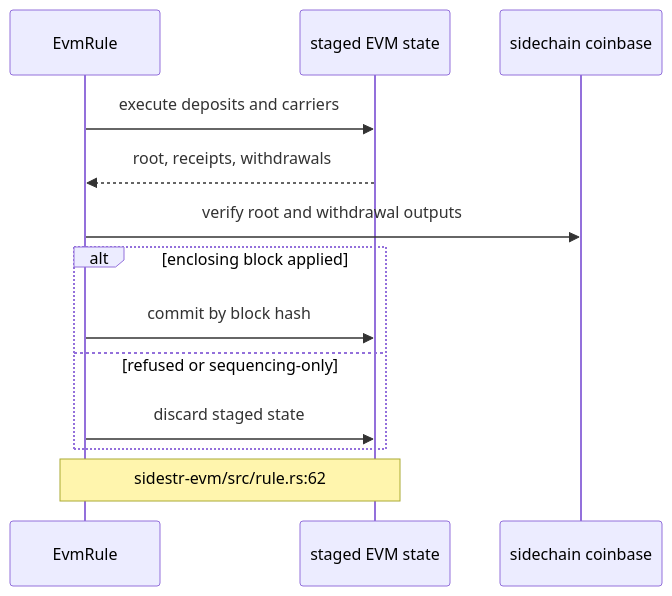
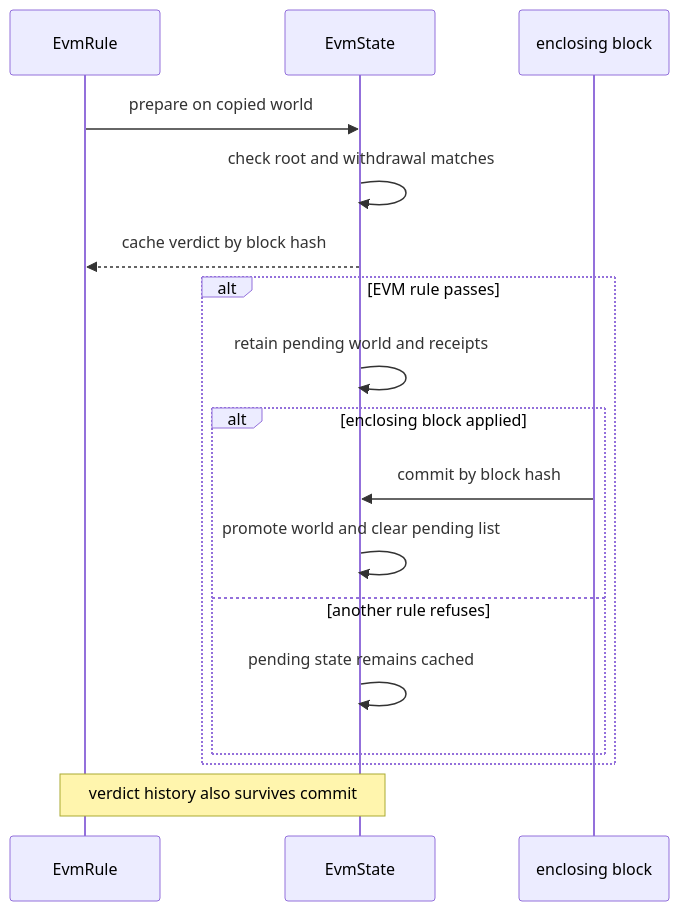
The second of 4 diagrams in docs/diagrams/sidestr-rs/03-evm-overlay-and-retained-state.md (DreamLab-AI/VisionFlow), drawn with Mermaid before and after one commit. The commit also changed other lines of this file and 27 other files, not shown here.

Commit message:
Audit SideStr EVM withdrawals and snapshot integrity

````diff
--- a/docs/diagrams/sidestr-rs/03-evm-overlay-and-retained-state.md
+++ b/docs/diagrams/sidestr-rs/03-evm-overlay-and-retained-state.md
@@ -55,15 +59,19 @@
 ```mermaid
 sequenceDiagram
     participant R as EvmRule
-    participant S as staged EVM state
-    participant C as sidechain coinbase
-    R->>S: execute deposits and carriers
-    S-->>R: root, receipts, withdrawals
-    R->>C: verify root and withdrawal outputs
-    alt enclosing block applied
-        R->>S: commit by block hash
-    else refused or sequencing-only
-        R->>S: discard staged state
+    participant S as EvmState
+    participant B as enclosing block
+    R->>S: prepare on copied world
+    S->>S: check root and withdrawal matches
+    S-->>R: cache verdict by block hash
+    alt EVM rule passes
+        S->>S: retain pending world and receipts
+        alt enclosing block applied
+            B->>S: commit by block hash
+            S->>S: promote world and clear pending list
+        else another rule refuses
+            S->>S: pending state remains cached
+        end
     end
-    Note over R,S: sidestr-evm/src/rule.rs:62
+    Note over R,S: verdict history also survives commit
 ```
````
